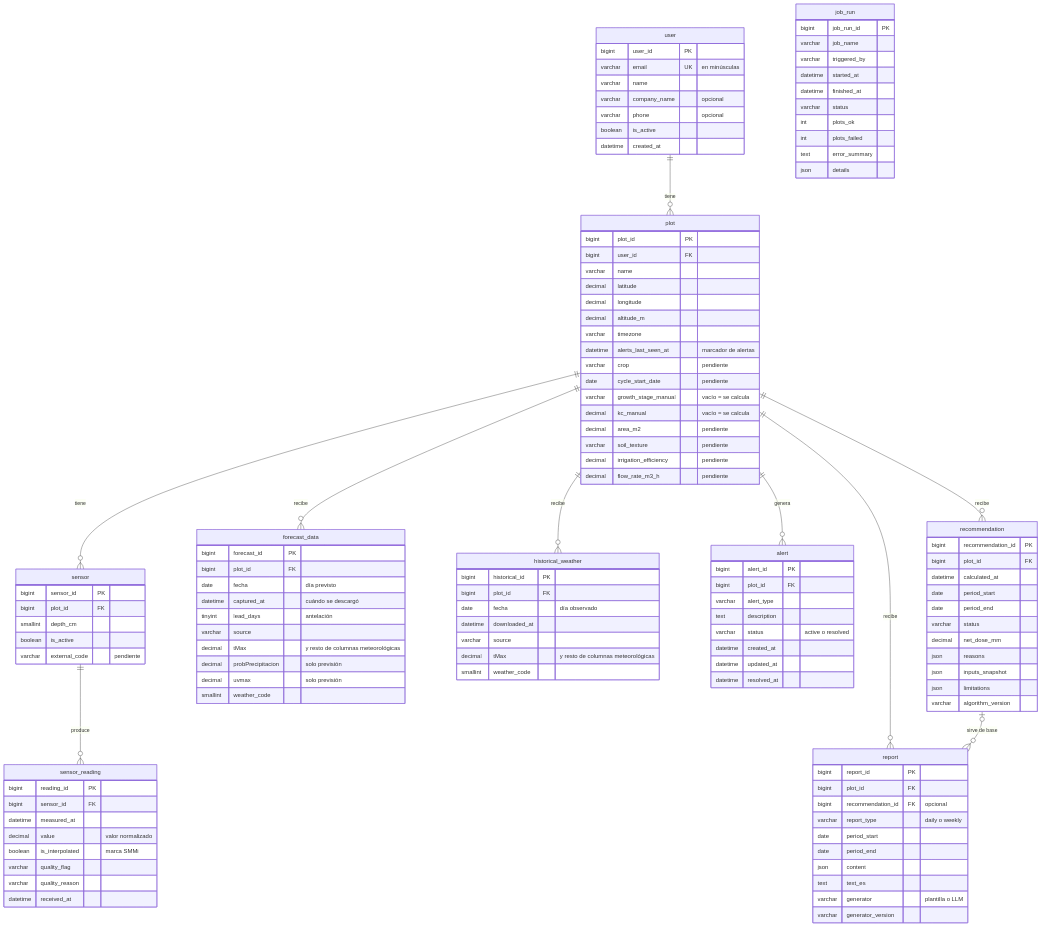
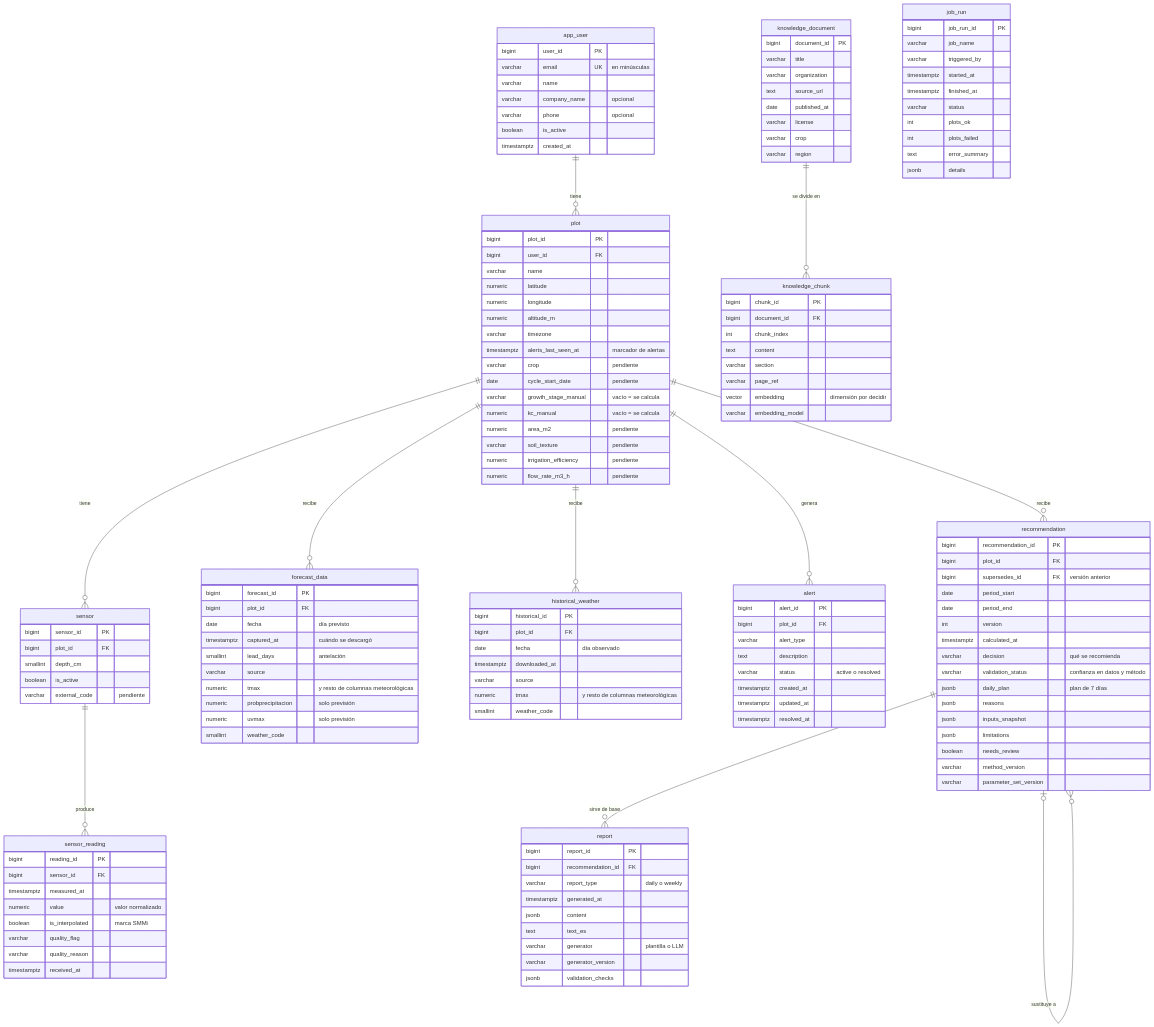
The diagram in docs/erd.md (LaiaRomera/irrigation-app), drawn with Mermaid before and after one commit. The commit also changed other lines of this file and 11 other files, not shown here.

````diff
--- a/docs/erd.md
+++ b/docs/erd.md
@@ -7,42 +7,43 @@
 ```mermaid
 erDiagram
-    user ||--o{ plot : "tiene"
+    app_user ||--o{ plot : "tiene"
     plot ||--o{ sensor : "tiene"
     sensor ||--o{ sensor_reading : "produce"
     plot ||--o{ forecast_data : "recibe"
     plot ||--o{ historical_weather : "recibe"
     plot ||--o{ alert : "genera"
     plot ||--o{ recommendation : "recibe"
-    plot ||--o{ report : "recibe"
-    recommendation |o--o{ report : "sirve de base"
+    recommendation |o--o{ recommendation : "sustituye a"
+    recommendation ||--o{ report : "sirve de base"
+    knowledge_document ||--o{ knowledge_chunk : "se divide en"
 
-    user {
+    app_user {
         bigint user_id PK
         varchar email UK "en minúsculas"
         varchar name
         varchar company_name "opcional"
         varchar phone "opcional"
         boolean is_active
-        datetime created_at
+        timestamptz created_at
     }
 
     plot {
         bigint plot_id PK
         bigint user_id FK
         varchar name
-        decimal latitude
-        decimal longitude
-        decimal altitude_m
+        numeric latitude
+        numeric longitude
+        numeric altitude_m
         varchar timezone
-        datetime alerts_last_seen_at "marcador de alertas"
+        timestamptz alerts_last_seen_at "marcador de alertas"
         varchar crop "pendiente"
         date cycle_start_date "pendiente"
         varchar growth_stage_manual "vacío = se calcula"
-        decimal kc_manual "vacío = se calcula"
-        decimal area_m2 "pendiente"
+        numeric kc_manual "vacío = se calcula"
+        numeric area_m2 "pendiente"
         varchar soil_texture "pendiente"
-        decimal irrigation_efficiency "pendiente"
-        decimal flow_rate_m3_h "pendiente"
+        numeric irrigation_efficiency "pendiente"
+        numeric flow_rate_m3_h "pendiente"
     }
 
     sensor {
@@ -56,24 +57,24 @@
     sensor_reading {
         bigint reading_id PK
         bigint sensor_id FK
-        datetime measured_at
-        decimal value "valor normalizado"
+        timestamptz measured_at
+        numeric value "valor normalizado"
         boolean is_interpolated "marca SMMi"
         varchar quality_flag
         varchar quality_reason
-        datetime received_at
+        timestamptz received_at
     }
 
     forecast_data {
         bigint forecast_id PK
         bigint plot_id FK
         date fecha "día previsto"
-        datetime captured_at "cuándo se descargó"
-        tinyint lead_days "antelación"
+        timestamptz captured_at "cuándo se descargó"
+        smallint lead_days "antelación"
         varchar source
-        decimal tMax "y resto de columnas meteorológicas"
-        decimal probPrecipitacion "solo previsión"
-        decimal uvmax "solo previsión"
+        numeric tmax "y resto de columnas meteorológicas"
+        numeric probprecipitacion "solo previsión"
+        numeric uvmax "solo previsión"
         smallint weather_code
     }
 
@@ -81,9 +82,9 @@
         bigint historical_id PK
         bigint plot_id FK
         date fecha "día observado"
-        datetime downloaded_at
+        timestamptz downloaded_at
         varchar source
-        decimal tMax "y resto de columnas meteorológicas"
+        numeric tmax "y resto de columnas meteorológicas"
         smallint weather_code
     }
 
@@ -93,48 +94,74 @@
         varchar alert_type
         text description
         varchar status "active o resolved"
-        datetime created_at
-        datetime updated_at
-        datetime resolved_at
+        timestamptz created_at
+        timestamptz updated_at
+        timestamptz resolved_at
     }
 
     recommendation {
         bigint recommendation_id PK
         bigint plot_id FK
-        datetime calculated_at
+        bigint supersedes_id FK "versión anterior"
         date period_start
         date period_end
-        varchar status
-        decimal net_dose_mm
-        json reasons
-        json inputs_snapshot
-        json limitations
-        varchar algorithm_version
+        int version
+        timestamptz calculated_at
+        varchar decision "qué se recomienda"
+        varchar validation_status "confianza en datos y método"
+        jsonb daily_plan "plan de 7 días"
+        jsonb reasons
+        jsonb inputs_snapshot
+        jsonb limitations
+        boolean needs_review
+        varchar method_version
+        varchar parameter_set_version
     }
 
     report {
         bigint report_id PK
-        bigint plot_id FK
-        bigint recommendation_id FK "opcional"
+        bigint recommendation_id FK
         varchar report_type "daily o weekly"
-        date period_start
-        date period_end
-        json content
+        timestamptz generated_at
+        jsonb content
         text text_es
         varchar generator "plantilla o LLM"
         varchar generator_version
+        jsonb validation_checks
     }
 
     job_run {
         bigint job_run_id PK
         varchar job_name
         varchar triggered_by
-        datetime started_at
-        datetime finished_at
+        timestamptz started_at
+        timestamptz finished_at
         varchar status
         int plots_ok
         int plots_failed
         text error_summary
-        json details
+        jsonb details
+    }
+
+    knowledge_document {
+        bigint document_id PK
+        varchar title
+        varchar organization
+        text source_url
+        date published_at
+        varchar license
+        varchar crop
+        varchar region
+    }
+
+    knowledge_chunk {
+        bigint chunk_id PK
+        bigint document_id FK
+        int chunk_index
+        text content
+        varchar section
+        varchar page_ref
+        vector embedding "dimensión por decidir"
+        varchar embedding_model
     }
 ```
````
